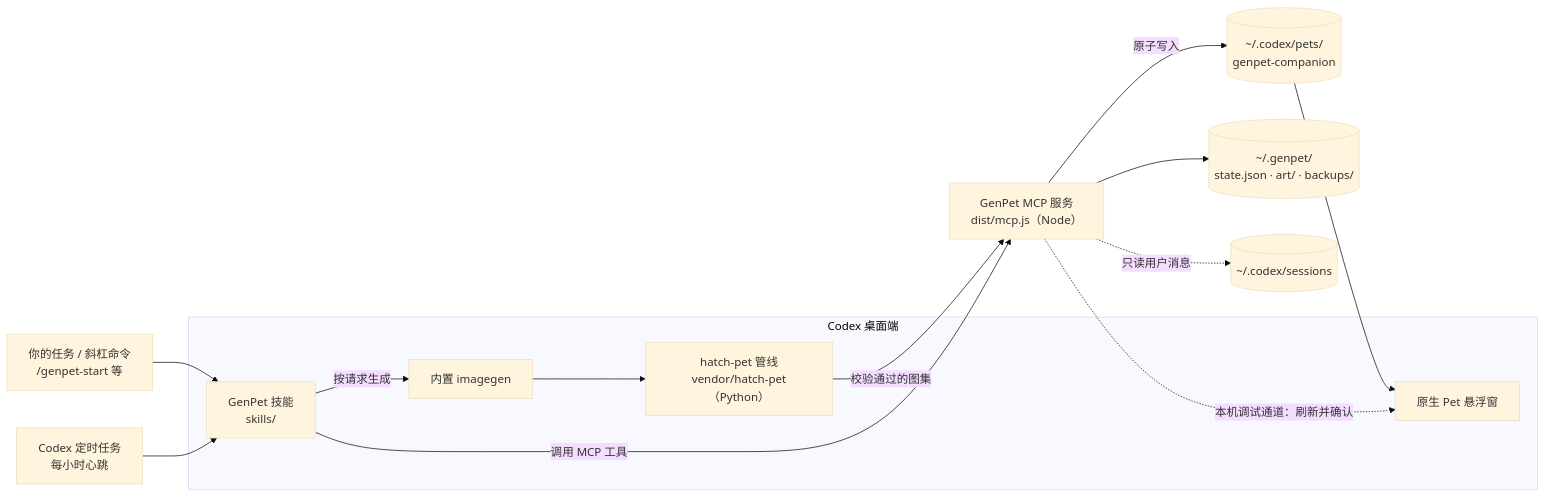
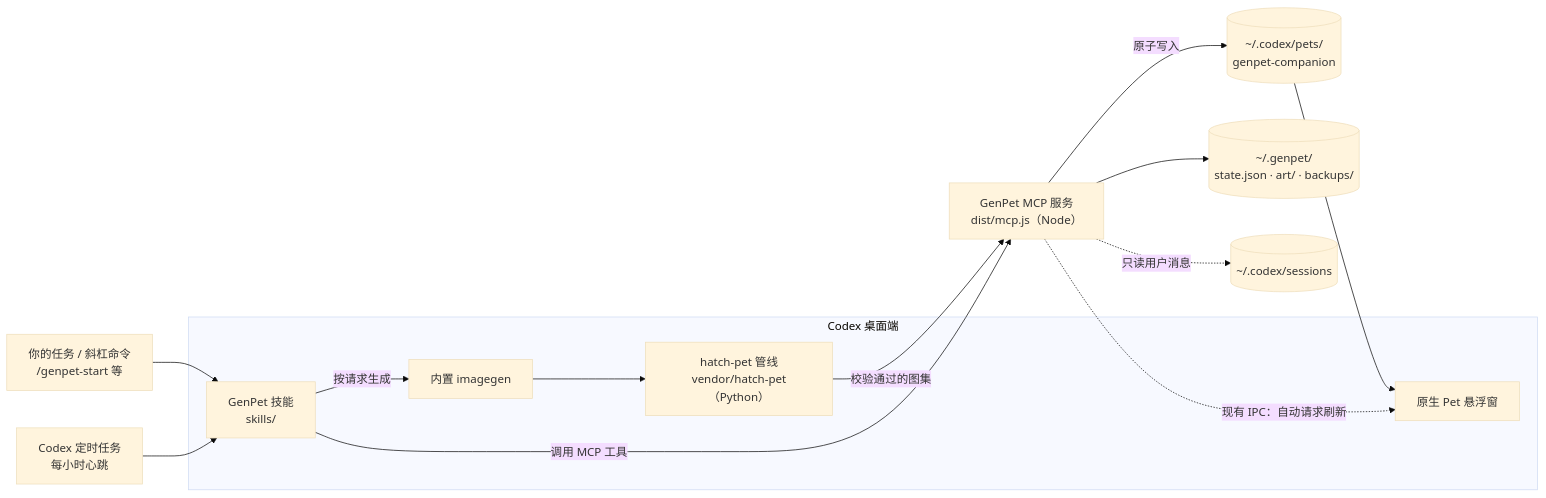
One commit to yate-ge/GenPet changed the diagram in README.zh-CN.md. Above: the diagram before and after it, drawn with Mermaid (base theme). The commit also changed other lines of this file and 25 other files, not shown here.

````diff
--- a/README.zh-CN.md
+++ b/README.zh-CN.md
@@ -71,19 +71,19 @@
 ```mermaid
 flowchart LR
   U["你的任务 / 斜杠命令<br>/genpet-start 等"] --> S
   H["Codex 定时任务<br>每小时心跳"] --> S
   subgraph CX["Codex 桌面端"]
     S["GenPet 技能<br>skills/"]
     IG["内置 imagegen"]
     HP["hatch-pet 管线<br>vendor/hatch-pet（Python）"]
     PW["原生 Pet 悬浮窗"]
   end
   S -- "按请求生成" --> IG --> HP
   HP -- "校验通过的图集" --> M
   S -- "调用 MCP 工具" --> M["GenPet MCP 服务<br>dist/mcp.js（Node）"]
   M --> ST[("~/.genpet/<br>state.json · art/ · backups/")]
   M -. "只读用户消息" .-> SE[("~/.codex/sessions")]
   M -- "原子写入" --> PET[("~/.codex/pets/<br>genpet-companion")]
   PET --> PW
-  M -. "本机调试通道：刷新并确认" .-> PW
+  M -. "现有 IPC：自动请求刷新" .-> PW
 ```
````
